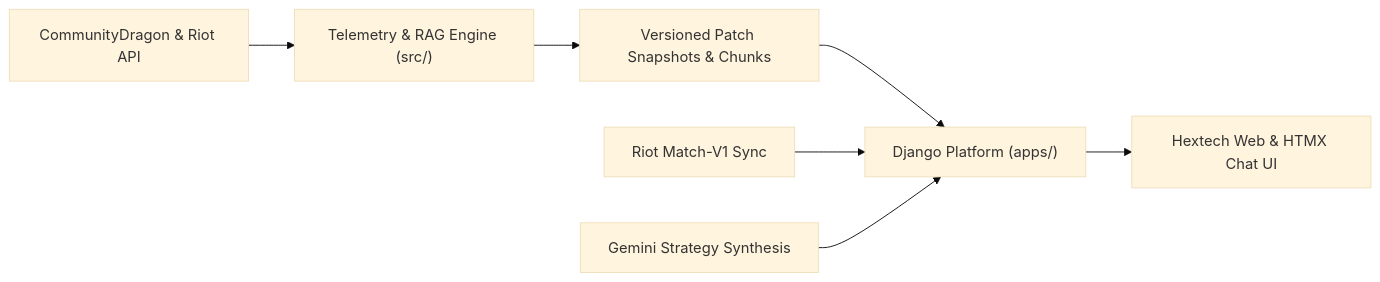
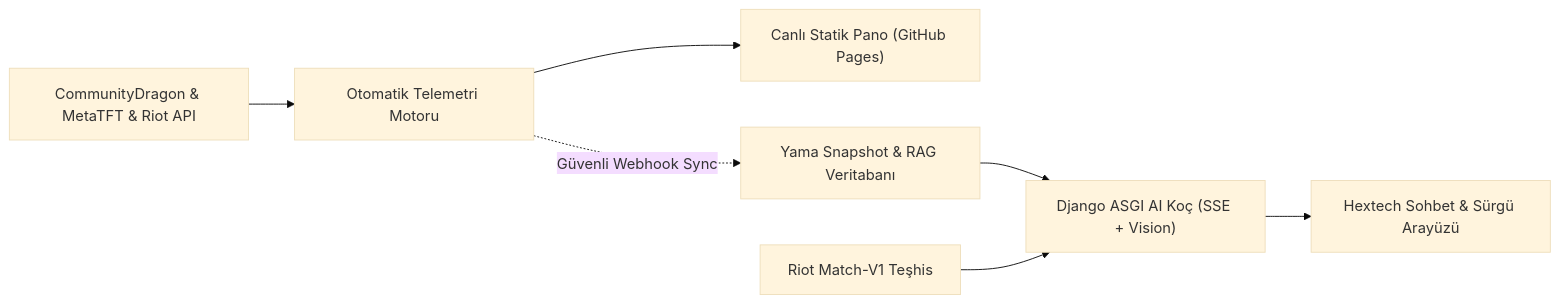
Before and after one commit to Apexq/TFT-Meta-Patch-Telemetry: the diagram in README.md, drawn with Mermaid (base theme). The commit also changed other lines of this file and 11 other files, not shown here.

````diff
--- a/README.md
+++ b/README.md
@@ -41,9 +52,9 @@
 ```mermaid
 flowchart LR
-    Sources["CommunityDragon &amp; Riot API"] --> Engine["Telemetry &amp; RAG Engine (src/)"]
-    Engine --> Snapshot["Versioned Patch Snapshots &amp; Chunks"]
-    Snapshot --> Django["Django Platform (apps/)"]
-    RiotSync["Riot Match-V1 Sync"] --> Django
-    LLM["Gemini Strategy Synthesis"] --> Django
-    Django --> UI["Hextech Web &amp; HTMX Chat UI"]
+    Sources["CommunityDragon &amp; MetaTFT &amp; Riot API"] --> Pipeline["Otomatik Telemetri Motoru"]
+    Pipeline --> Pages["Canlı Statik Pano (GitHub Pages)"]
+    Pipeline -.->|"Güvenli Webhook Sync"| DB["Yama Snapshot &amp; RAG Veritabanı"]
+    DB --> Coach["Django ASGI AI Koç (SSE + Vision)"]
+    Riot["Riot Match-V1 Teşhis"] --> Coach
+    Coach --> UI["Hextech Sohbet &amp; Sürgü Arayüzü"]
 ```
````
